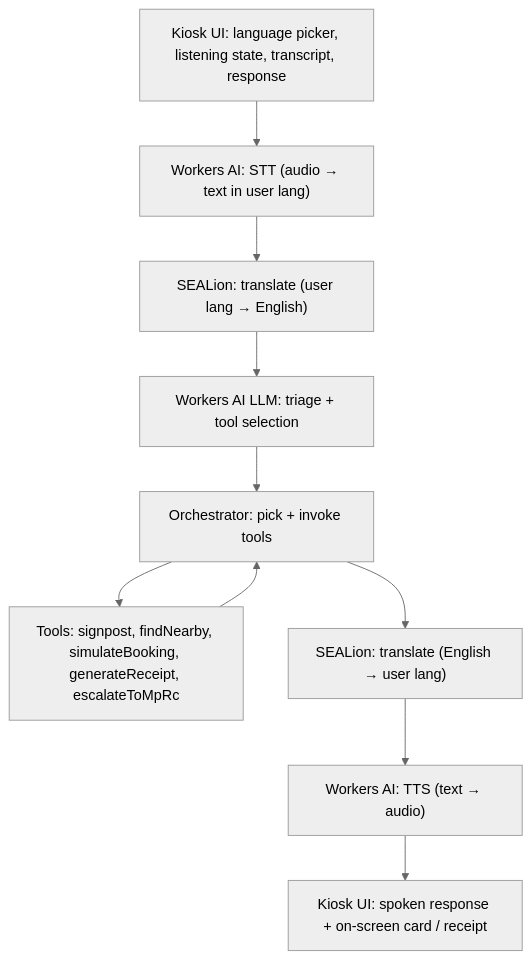
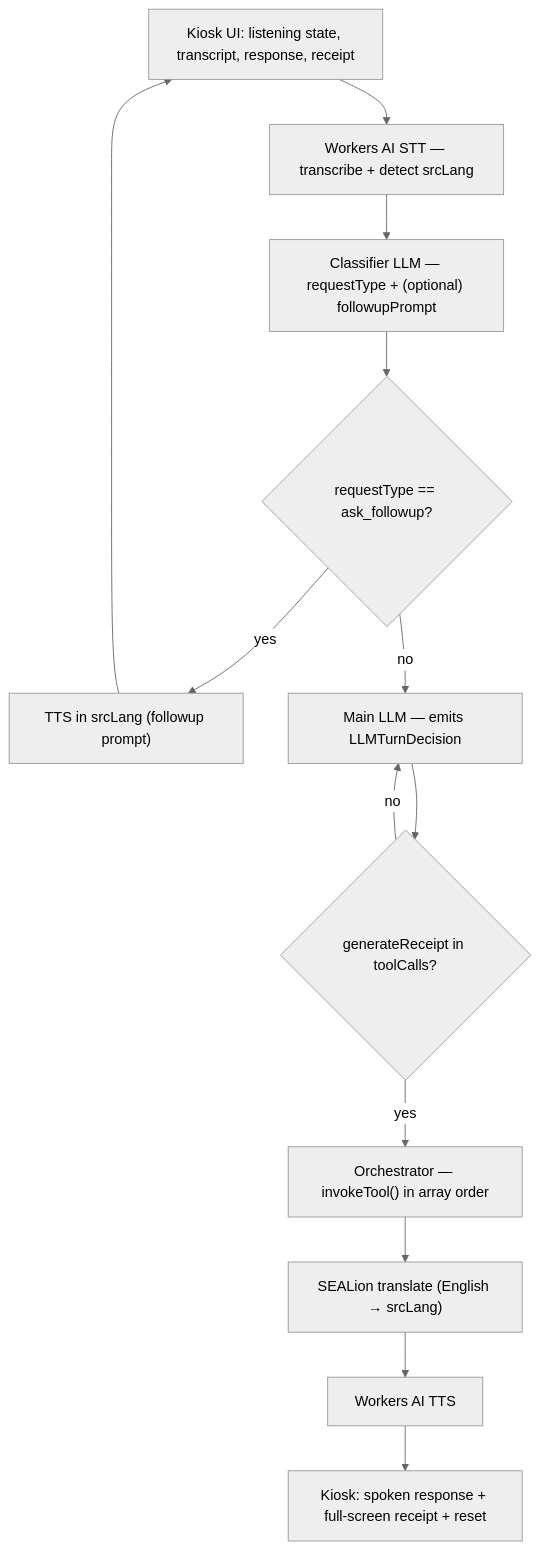
Before and after one commit to julius-gwee/GoodBois: the first of 2 diagrams in docs/system-design/architecture.md, drawn with Mermaid (neutral theme). The commit also changed other lines of this file and 22 other files, not shown here.

Commit message:
chore: rebuild flow

````diff
--- a/docs/system-design/architecture.md
+++ b/docs/system-design/architecture.md
@@ -23,22 +25,20 @@
 ```mermaid
 flowchart TD
-  Kiosk["Kiosk UI: language picker, listening state, transcript, response"]
-  STT["Workers AI: STT (audio → text in user lang)"]
-  TXin["SEALion: translate (user lang → English)"]
-  Tri["Workers AI LLM: triage + tool selection"]
-  Orc["Orchestrator: pick + invoke tools"]
-  Tools["Tools: signpost, findNearby, simulateBooking, generateReceipt, escalateToMpRc"]
-  TXout["SEALion: translate (English → user lang)"]
-  TTS["Workers AI: TTS (text → audio)"]
-  Out["Kiosk UI: spoken response + on-screen card / receipt"]
+  Kiosk["Kiosk UI: listening state, transcript, response, receipt"]
+  STT["Workers AI STT — transcribe + detect srcLang"]
+  CLS["Classifier LLM — requestType + (optional) followupPrompt"]
+  Loop{"requestType == ask_followup?"}
+  TTSf["TTS in srcLang (followup prompt)"]
+  Main["Main LLM — emits LLMTurnDecision"]
+  Guard{"generateReceipt in toolCalls?"}
+  Disp["Orchestrator — invokeTool() in array order"]
+  TX["SEALion translate (English → srcLang)"]
+  TTS["Workers AI TTS"]
+  Out["Kiosk: spoken response + full-screen receipt + reset"]
 
-  Kiosk --> STT
-  STT --> TXin
-  TXin --> Tri
-  Tri --> Orc
-  Orc --> Tools
-  Tools --> Orc
-  Orc --> TXout
-  TXout --> TTS
-  TTS --> Out
+  Kiosk --> STT --> CLS --> Loop
+  Loop -- yes --> TTSf --> Kiosk
+  Loop -- no --> Main --> Guard
+  Guard -- no --> Main
+  Guard -- yes --> Disp --> TX --> TTS --> Out
 ```
````
